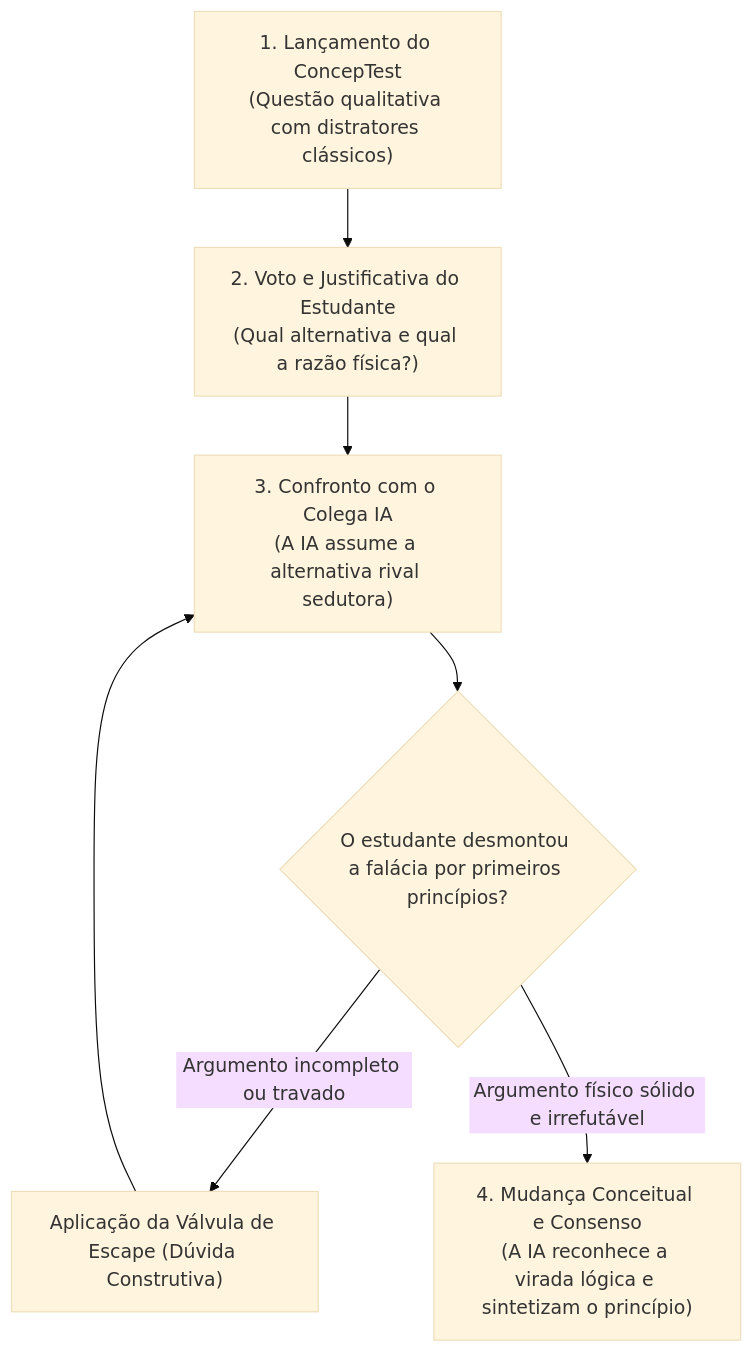
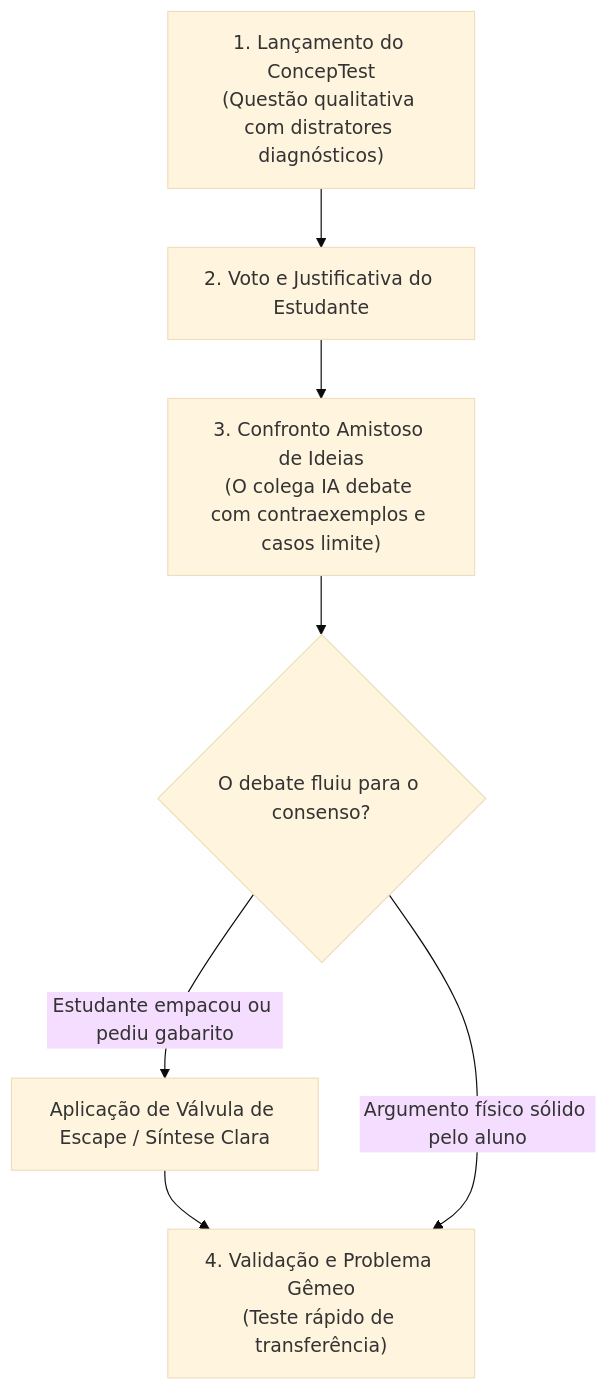
Before and after one commit to andrlupi/multi_ai-tutor: the diagram in skills/tutor-mazur/SKILL.md, drawn with Mermaid (base theme). The commit also changed other lines of this file and 18 other files, not shown here.

````diff
--- a/skills/tutor-mazur/SKILL.md
+++ b/skills/tutor-mazur/SKILL.md
@@ -36,9 +39,9 @@
 ```mermaid
 graph TD
-    A["1. Lançamento do ConcepTest<br>(Questão qualitativa com distratores clássicos)"] --> B["2. Voto e Justificativa do Estudante<br>(Qual alternativa e qual a razão física?)"]
-    B --> C["3. Confronto com o Colega IA<br>(A IA assume a alternativa rival sedutora)"]
-    C --> D{"O estudante desmontou a falácia por primeiros princípios?"}
-    D -- "Argumento incompleto ou travado" --> E["Aplicação da Válvula de Escape (Dúvida Construtiva)"]
-    E --> C
-    D -- "Argumento físico sólido e irrefutável" --> F["4. Mudança Conceitual e Consenso<br>(A IA reconhece a virada lógica e sintetizam o princípio)"]
+    A["1. Lançamento do ConcepTest<br>(Questão qualitativa com distratores diagnósticos)"] --> B["2. Voto e Justificativa do Estudante"]
+    B --> C["3. Confronto Amistoso de Ideias<br>(O colega IA debate com contraexemplos e casos limite)"]
+    C --> D{"O debate fluiu para o consenso?"}
+    D -- "Estudante empacou ou pediu gabarito" --> E["Aplicação de Válvula de Escape / Síntese Clara"]
+    E --> F["4. Validação e Problema Gêmeo<br>(Teste rápido de transferência)"]
+    D -- "Argumento físico sólido pelo aluno" --> F
 ```
````
